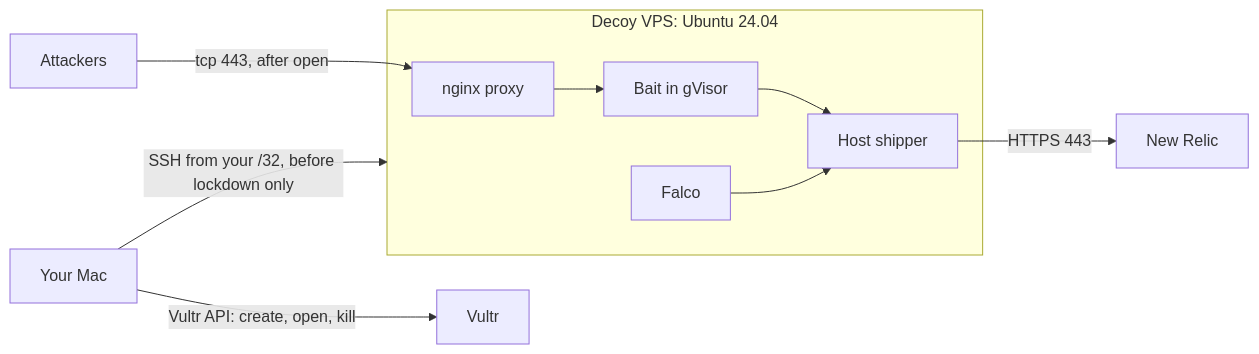
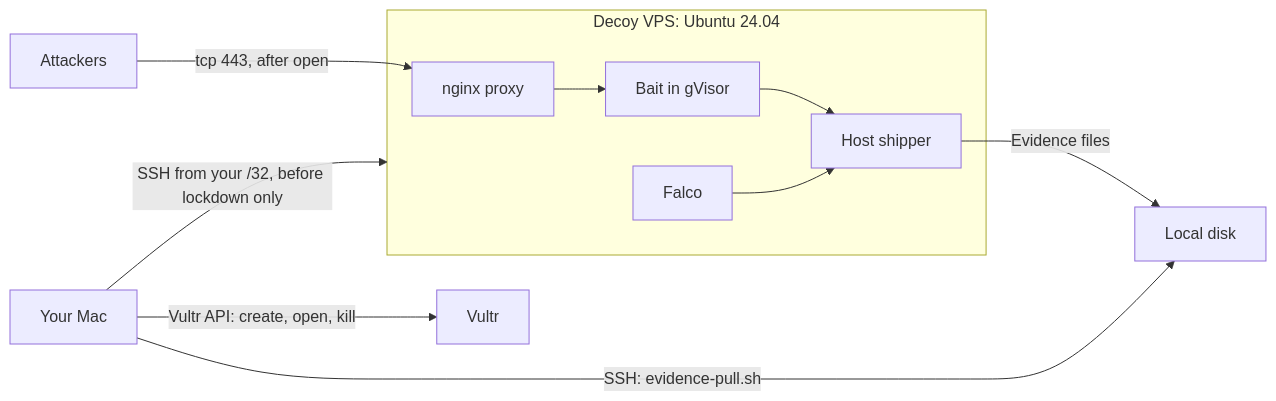
The diagram in docs/vultr-launch.md (caretak3r/attack-box), drawn with Mermaid before and after one commit. The commit also changed other lines of this file and 18 other files, not shown here.

First line of the commit message:
docs: describe the host evidence store, console and pull instead of New Relic

````diff
--- a/docs/vultr-launch.md
+++ b/docs/vultr-launch.md
@@ -11,12 +11,13 @@
 ```mermaid
 flowchart LR
   Mac[Your Mac] -->|Vultr API: create, open, kill| V[Vultr]
   Mac -->|SSH from your /32, before lockdown only| D
   subgraph D[Decoy VPS: Ubuntu 24.04]
     P[nginx proxy] --> B[Bait in gVisor]
     B --> S[Host shipper]
     F[Falco] --> S
   end
   X[Attackers] -->|tcp 443, after open| P
-  S -->|HTTPS 443| NR[New Relic]
+  S -->|Evidence files| E[Local disk]
+  Mac -->|SSH: evidence-pull.sh| E
 ```
````
